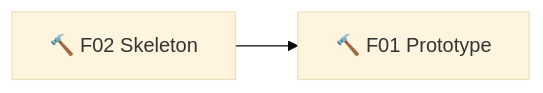
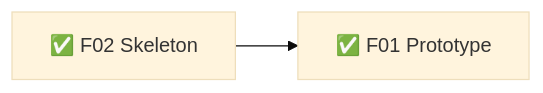
Before and after one commit to TheBlueMuzzy/Glyphtender: the first of 4 diagrams in .planning/ROADMAP.md, drawn with Mermaid (base theme). The commit also changed other lines of this file and 4 other files, not shown here.

````diff
--- a/.planning/ROADMAP.md
+++ b/.planning/ROADMAP.md
@@ -12,4 +13,4 @@
 ```mermaid
 flowchart LR
-  F02[🔨 F02 Skeleton] --> F01[🔨 F01 Prototype]
+  F02[✅ F02 Skeleton] --> F01[✅ F01 Prototype]
 ```
````
